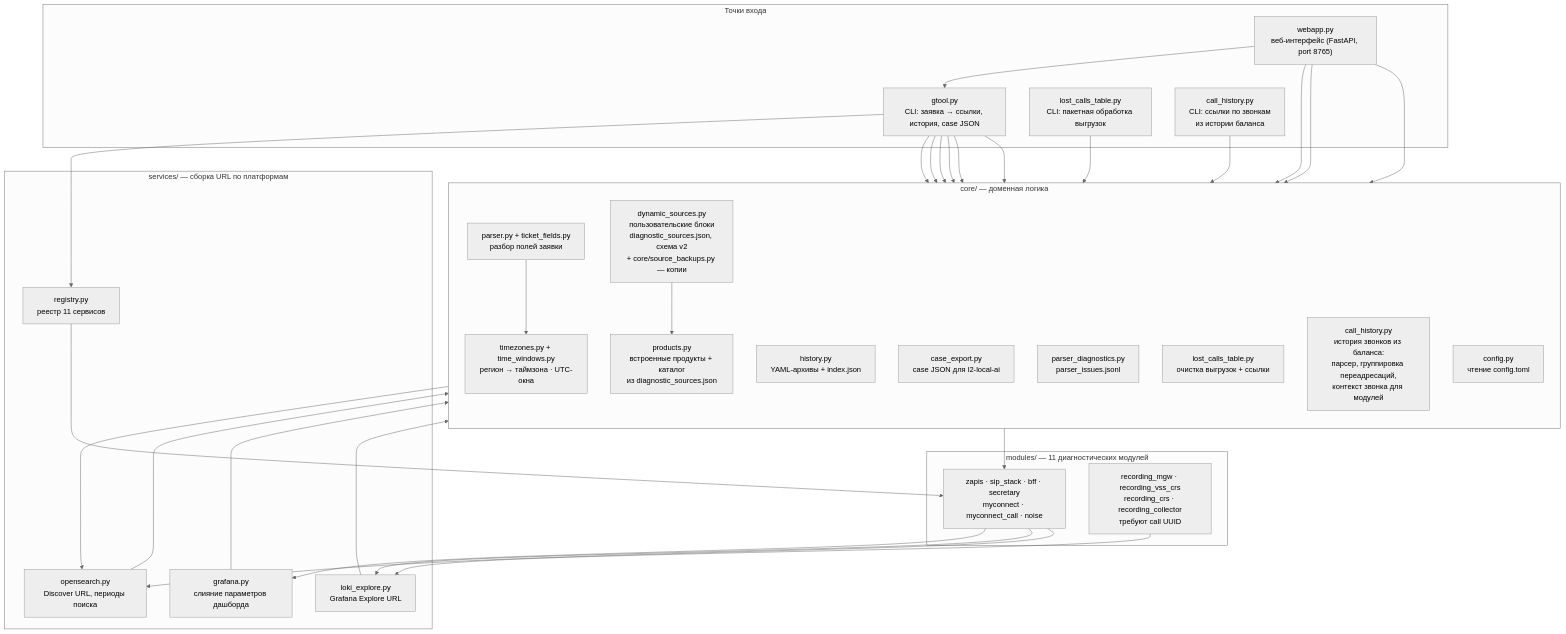
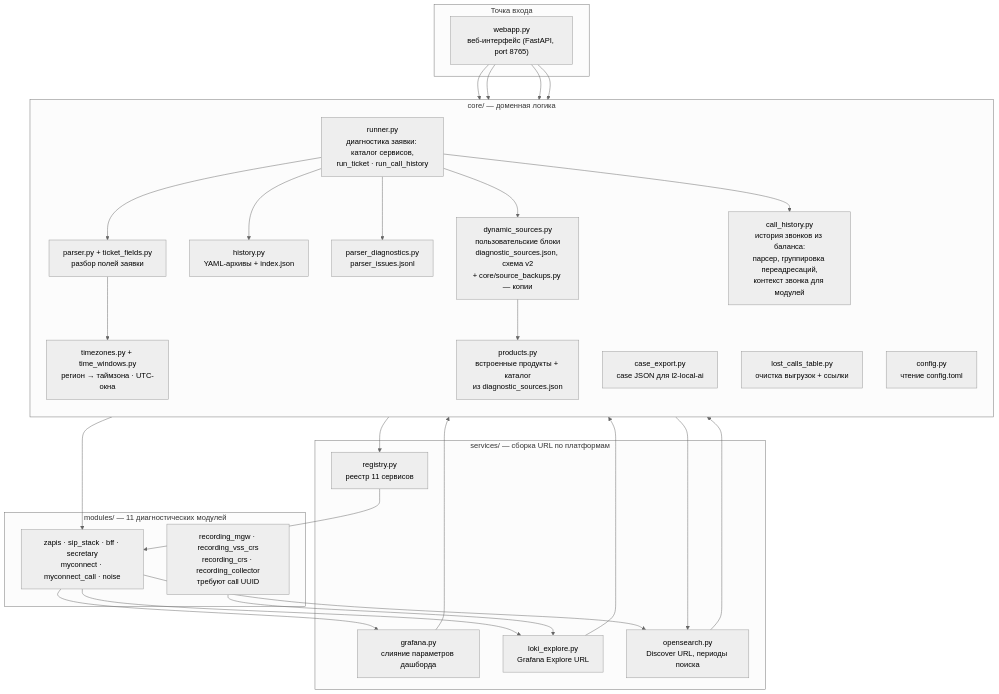
Before and after one commit to shifter1710/l2tool: the second of 12 diagrams in docs/ARCHITECTURE.md, drawn with Mermaid (neutral theme). The commit also changed other lines of this file and 27 other files, not shown here.

````diff
--- a/docs/ARCHITECTURE.md
+++ b/docs/ARCHITECTURE.md
@@ -52,61 +50,56 @@
 ```mermaid
 flowchart TB
-    subgraph entries["Точки входа"]
+    subgraph entries["Точка входа"]
         webapp["webapp.py<br/>веб-интерфейс (FastAPI, port 8765)"]
-        gtool["gtool.py<br/>CLI: заявка → ссылки, история, case JSON"]
-        lostcli["lost_calls_table.py<br/>CLI: пакетная обработка выгрузок"]
-        callcli["call_history.py<br/>CLI: ссылки по звонкам<br/>из истории баланса"]
     end
 
     subgraph core["core/ — доменная логика"]
         direction TB
+        runner["runner.py<br/>диагностика заявки: каталог сервисов,<br/>run_ticket · run_call_history"]
         parser["parser.py + ticket_fields.py<br/>разбор полей заявки"]
         timetz["timezones.py + time_windows.py<br/>регион → таймзона · UTC-окна"]
         products["products.py<br/>встроенные продукты + каталог<br/>из diagnostic_sources.json"]
         dynamic["dynamic_sources.py<br/>пользовательские блоки<br/>diagnostic_sources.json, схема v2<br/>+ core/source_backups.py — копии"]
         history["history.py<br/>YAML-архивы + index.json"]
         caseexp["case_export.py<br/>case JSON для l2-local-ai"]
         pdiag["parser_diagnostics.py<br/>parser_issues.jsonl"]
         lostcore["lost_calls_table.py<br/>очистка выгрузок + ссылки"]
         callhist["call_history.py<br/>история звонков из баланса:<br/>парсер, группировка переадресаций,<br/>контекст звонка для модулей"]
         config["config.py<br/>чтение config.toml"]
     end
 
     subgraph services["services/ — сборка URL по платформам"]
         registry["registry.py<br/>реестр 11 сервисов"]
         grafanaurl["grafana.py<br/>слияние параметров дашборда"]
         lokiurl["loki_explore.py<br/>Grafana Explore URL"]
         osurl["opensearch.py<br/>Discover URL, периоды поиска"]
     end
 
     subgraph modules["modules/ — 11 диагностических модулей"]
         primary["zapis · sip_stack · bff · secretary<br/>myconnect · myconnect_call · noise"]
         recording["recording_mgw · recording_vss_crs<br/>recording_crs · recording_collector<br/>требуют call UUID"]
     end
 
-    webapp --> gtool
+    webapp --> runner
     webapp --> dynamic
     webapp --> lostcore
-    webapp --> callhist
-    gtool --> parser
-    gtool --> history
-    gtool --> caseexp
-    gtool --> pdiag
-    gtool --> dynamic
-    gtool --> registry
-    gtool --> callhist
-    lostcli --> lostcore
-    callcli --> callhist
+    webapp --> caseexp
+    runner --> parser
+    runner --> history
+    runner --> pdiag
+    runner --> dynamic
+    runner --> registry
+    runner --> callhist
     parser --> timetz
     dynamic --> products
     dynamic --> osurl
     registry --> primary
     primary --> grafanaurl
     primary --> lokiurl
     primary --> osurl
     recording --> lokiurl
     lokiurl --> config
     osurl --> config
     grafanaurl --> config
     lostcore --> primary
 ```
````
